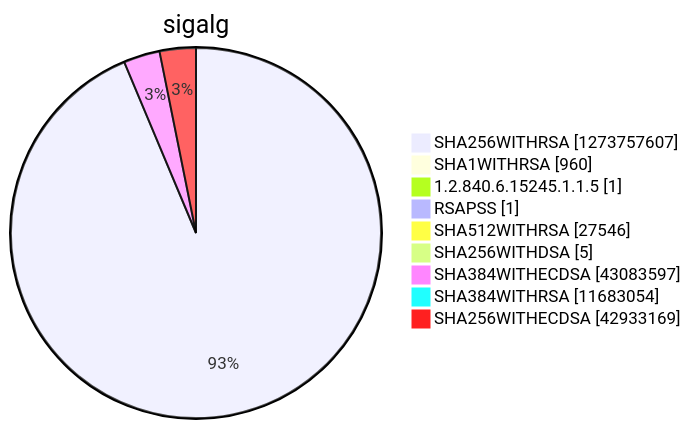
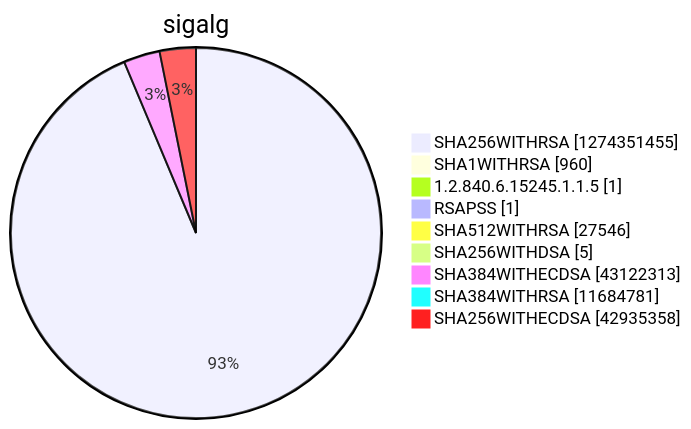
One commit to christiankrug/ctmonitor_visualization changed diagram 15 of 15 in argon2022/README.md. Above: the diagram before and after it, drawn with Mermaid. The commit also changed other lines of this file, not shown here.

````diff
--- a/argon2022/README.md
+++ b/argon2022/README.md
@@ -5522,13 +5522,13 @@
 ```mermaid
 pie showData
 title sigalg
-"SHA256WITHRSA" :1273757607
+"SHA256WITHRSA" :1274351455
 "SHA1WITHRSA" :960
 "1.2.840.6.15245.1.1.5" :1
 "RSAPSS" :1
 "SHA512WITHRSA" :27546
 "SHA256WITHDSA" :5
-"SHA384WITHECDSA" :43083597
-"SHA384WITHRSA" :11683054
-"SHA256WITHECDSA" :42933169
+"SHA384WITHECDSA" :43122313
+"SHA384WITHRSA" :11684781
+"SHA256WITHECDSA" :42935358
 ```
````
